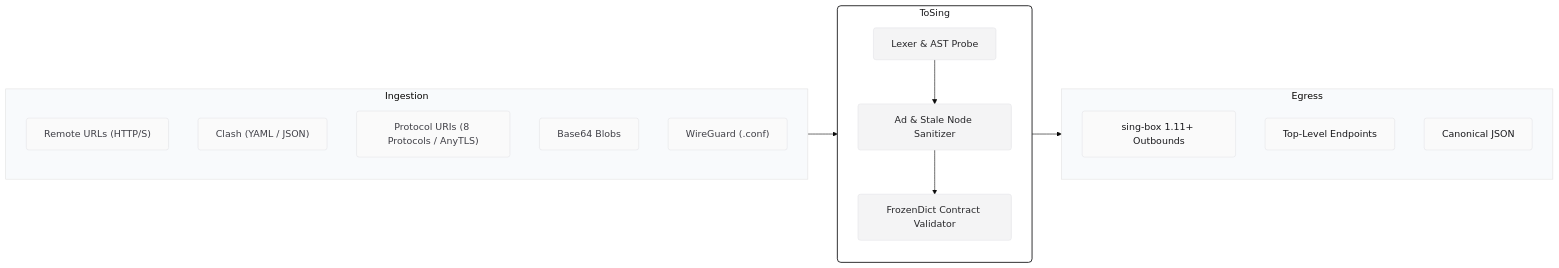
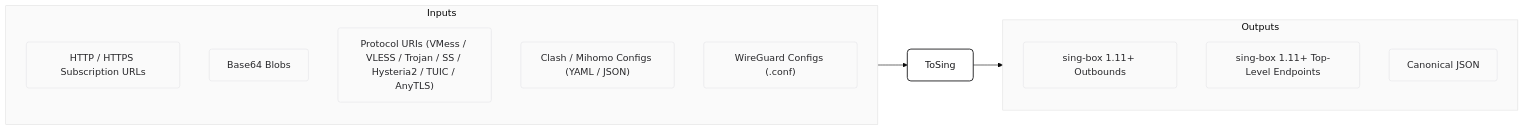
The second of 2 diagrams in README.md (zennnnnnn11/ToSing), drawn with Mermaid before and after one commit. The commit also changed other lines of this file, not shown here.

Commit message:
docs: distill readme to minimal 3-stage pipeline with c# and sing-box badges

````diff
--- a/README.md
+++ b/README.md
@@ -104,40 +75,31 @@
 ```mermaid
-%%{init: {'theme': 'base', 'themeVariables': { 'primaryColor': '#FFFFFF', 'edgeLabelBackground':'#FFFFFF', 'tertiaryColor': '#F8FAFC'}}}%%
+%%{init: {'theme': 'base', 'themeVariables': { 'primaryColor': '#FFFFFF', 'edgeLabelBackground':'#FFFFFF', 'tertiaryColor': '#FAFAFA'}}}%%
 flowchart LR
-    classDef input fill:#FAFAFA,stroke:#E4E4E7,stroke-width:1px,color:#3F3F46,rx:4,ry:4
-    classDef core fill:#FFFFFF,stroke:#18181B,stroke-width:1.5px,color:#18181B,rx:6,ry:6
-    classDef step fill:#F4F4F5,stroke:#E4E4E7,stroke-width:1px,color:#27272A,rx:4,ry:4
-    classDef output fill:#FAFAFA,stroke:#E4E4E7,stroke-width:1px,color:#18181B,rx:4,ry:4
+    classDef input fill:#FAFAFA,stroke:#E4E4E7,stroke-width:1px,color:#27272A,rx:4,ry:4
+    classDef box fill:#FFFFFF,stroke:#18181B,stroke-width:1.5px,color:#18181B,rx:6,ry:6
+    classDef output fill:#FAFAFA,stroke:#E4E4E7,stroke-width:1px,color:#27272A,rx:4,ry:4
 
-    subgraph Inputs [" Ingestion "]
+    subgraph Inputs [" Inputs "]
         direction TB
-        I1["Remote URLs (HTTP/S)"]
-        I2["Clash (YAML / JSON)"]
-        I3["Protocol URIs (8 Protocols / AnyTLS)"]
-        I4["Base64 Blobs"]
-        I5["WireGuard (.conf)"]
+        I1["HTTP / HTTPS Subscription URLs"]
+        I2["Base64 Blobs"]
+        I3["Protocol URIs (VMess / VLESS / Trojan / SS / Hysteria2 / TUIC / AnyTLS)"]
+        I4["Clash / Mihomo Configs (YAML / JSON)"]
+        I5["WireGuard Configs (.conf)"]
     end
 
-    subgraph Engine [" ToSing "]
-        direction TB
-        E1["Lexer & AST Probe"]
-        E2["Ad & Stale Node Sanitizer"]
-        E3["FrozenDict Contract Validator"]
-        E1 --> E2 --> E3
-    end
+    Core["ToSing"]
 
-    subgraph Outputs [" Egress "]
+    subgraph Outputs [" Outputs "]
         direction TB
         O1["sing-box 1.11+ Outbounds"]
-        O2["Top-Level Endpoints"]
+        O2["sing-box 1.11+ Top-Level Endpoints"]
         O3["Canonical JSON"]
     end
 
-    Inputs --> Engine
-    Engine --> Outputs
+    Inputs --> Core --> Outputs
 
     class I1,I2,I3,I4,I5 input
-    class Engine core
-    class E1,E2,E3 step
+    class Core box
     class O1,O2,O3 output
 ```
````
